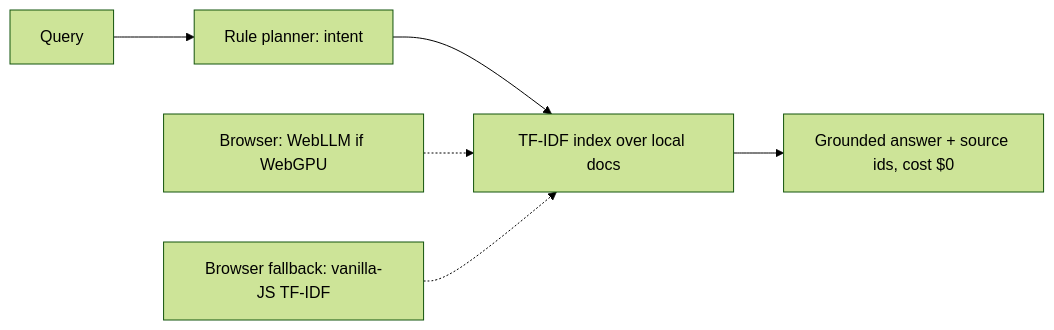
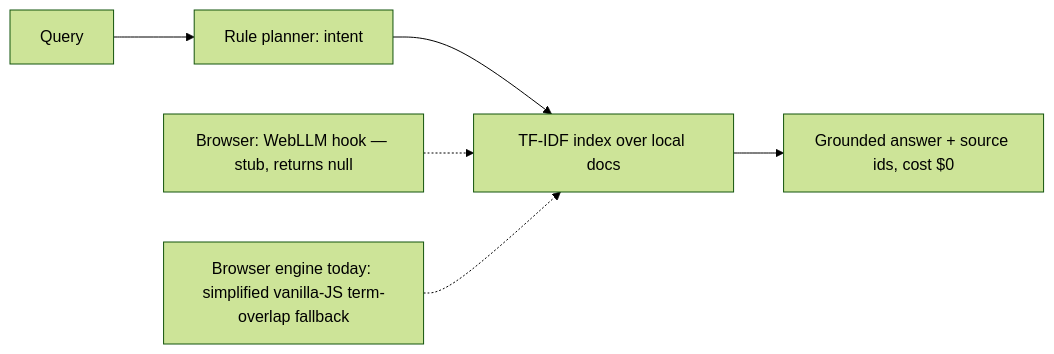
Before and after one commit to lionelsimai/on-device-private-agent: the diagram in docs/ARCHITECTURE.md, drawn with Mermaid (forest theme). The commit also changed other lines of this file and 10 other files, not shown here.

````diff
--- a/docs/ARCHITECTURE.md
+++ b/docs/ARCHITECTURE.md
@@ -3,8 +3,8 @@
 ```mermaid
 flowchart LR
   Q[Query] --> P[Rule planner: intent]
   P --> R[TF-IDF index over local docs]
   R --> A[Grounded answer + source ids, cost $0]
-  B[Browser: WebLLM if WebGPU] -.-> R
-  B2[Browser fallback: vanilla-JS TF-IDF] -.-> R
+  B[Browser: WebLLM hook — stub, returns null] -.-> R
+  B2[Browser engine today: simplified vanilla-JS term-overlap fallback] -.-> R
 ```
````
